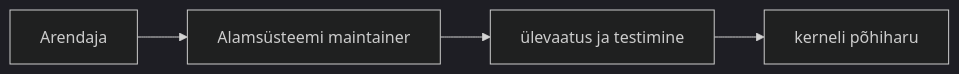
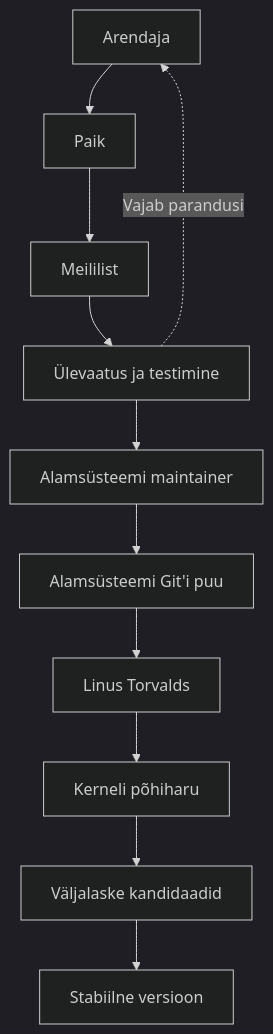
Before and after one commit to priitpaap/priitpaap.github.io: the fourth of 4 diagrams in docs/linux/linuxi-ajalugu.md, drawn with Mermaid (dark theme).

Commit message:
Uuendatud linuxi-ajalugu.md

````diff
--- a/docs/linux/linuxi-ajalugu.md
+++ b/docs/linux/linuxi-ajalugu.md
@@ -415,6 +411,13 @@
 ```mermaid
-flowchart LR
-    A["Arendaja"] --> B["Alamsüsteemi maintainer"]
-    B --> C["ülevaatus ja testimine"]
-    C --> D["kerneli põhiharu"]
+flowchart TB
+    A["Arendaja"] --> B["Paik"]
+    B --> C["Meililist"]
+    C --> D["Ülevaatus ja testimine"]
+    D --> E["Alamsüsteemi maintainer"]
+    E --> F["Alamsüsteemi Git'i puu"]
+    F --> G["Linus Torvalds"]
+    G --> H["Kerneli põhiharu"]
+    H --> I["Väljalaske kandidaadid"]
+    I --> J["Stabiilne versioon"]
+    D -. "Vajab parandusi" .-> A
 ```
````
